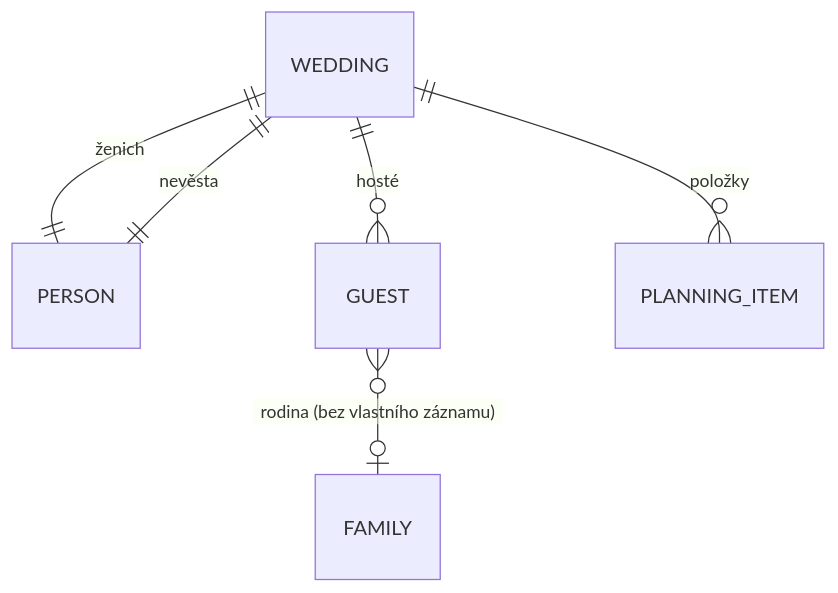
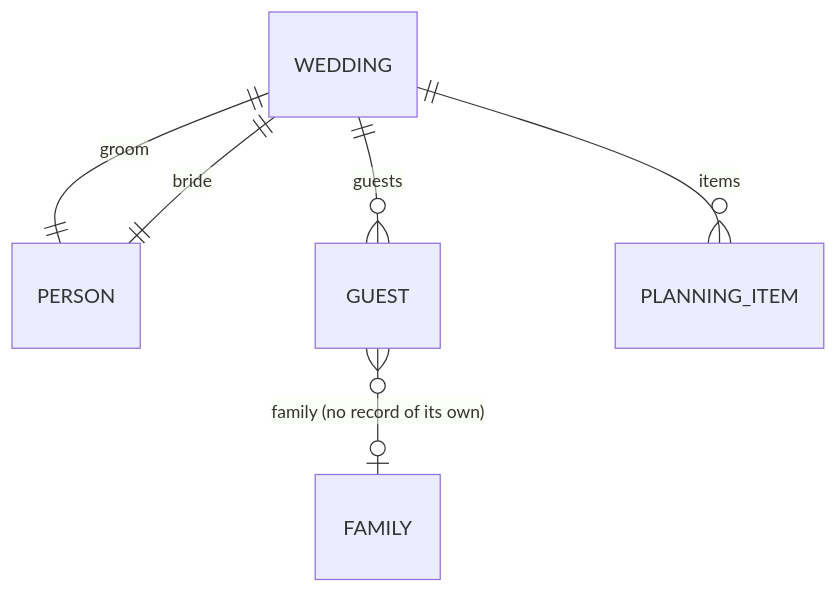
Before and after one commit to iziqq/fridrich.cloud: the diagram in doc/wiki/domains/weddy.md, drawn with Mermaid. The commit also changed other lines of this file and 160 other files, not shown here.

````diff
--- a/doc/wiki/domains/weddy.md
+++ b/doc/wiki/domains/weddy.md
@@ -37,8 +38,8 @@
 ```mermaid
 erDiagram
-    WEDDING ||--|| PERSON : "ženich"
-    WEDDING ||--|| PERSON : "nevěsta"
-    WEDDING ||--o{ GUEST : "hosté"
-    WEDDING ||--o{ PLANNING_ITEM : "položky"
-    GUEST }o--o| FAMILY : "rodina (bez vlastního záznamu)"
+    WEDDING ||--|| PERSON : "groom"
+    WEDDING ||--|| PERSON : "bride"
+    WEDDING ||--o{ GUEST : "guests"
+    WEDDING ||--o{ PLANNING_ITEM : "items"
+    GUEST }o--o| FAMILY : "family (no record of its own)"
 ```
````
